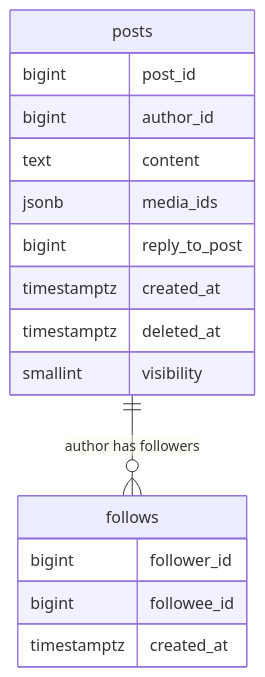
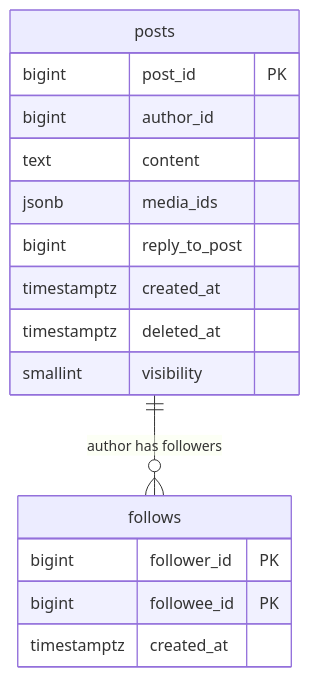
One commit to shiningflash/system-design changed the first of 5 diagrams in problems/002-news-feed/solution.md. Above: the diagram before and after it, drawn with Mermaid. The commit also changed other lines of this file and 37 other files, not shown here.

````diff
--- a/problems/002-news-feed/solution.md
+++ b/problems/002-news-feed/solution.md
@@ -99,19 +99,19 @@
 ```mermaid
 erDiagram
     posts ||--o{ follows : "author has followers"
     posts {
-        bigint post_id
+        bigint post_id PK
         bigint author_id
         text content
         jsonb media_ids
         bigint reply_to_post
         timestamptz created_at
         timestamptz deleted_at
         smallint visibility
     }
     follows {
-        bigint follower_id
-        bigint followee_id
+        bigint follower_id PK
+        bigint followee_id PK
         timestamptz created_at
     }
 ```
````
